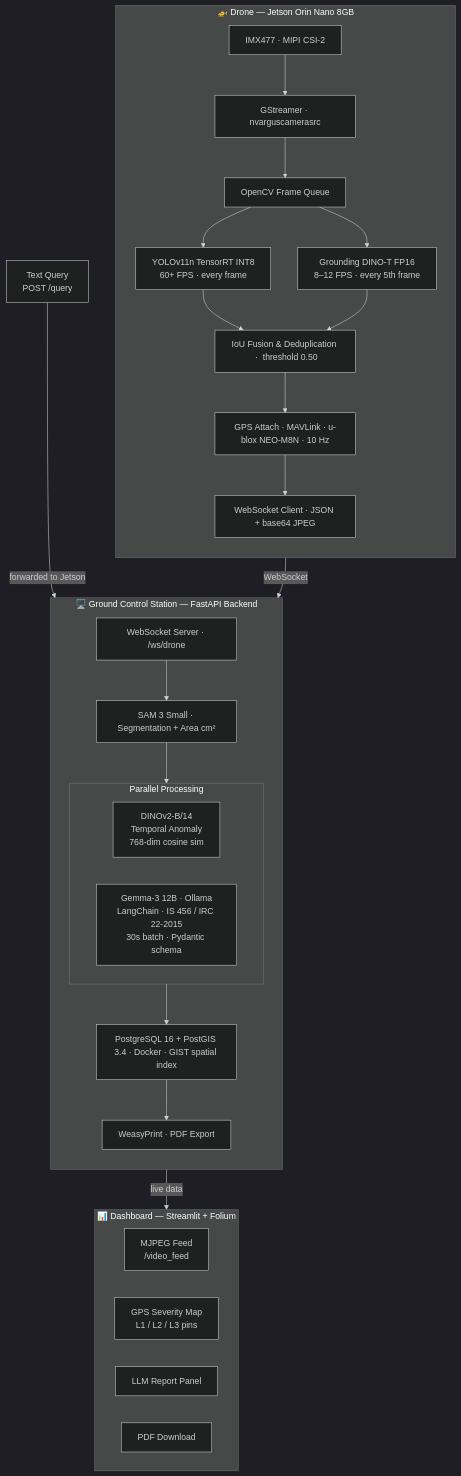
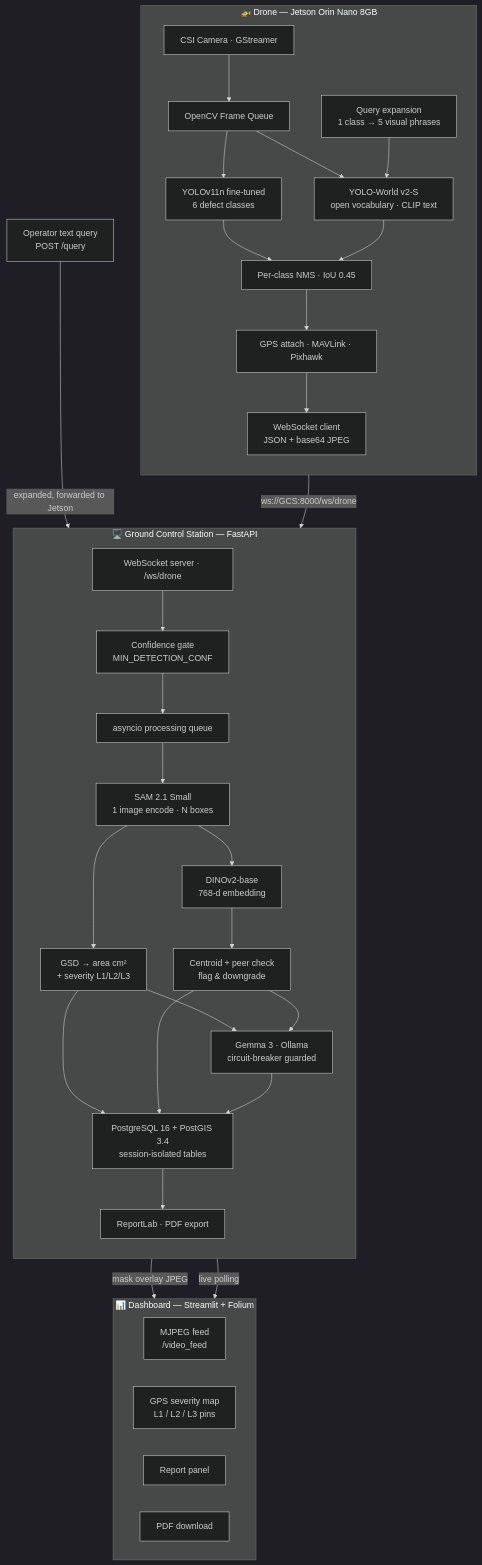
One commit to Arvoxis/hawk-i changed the first of 3 diagrams in README.md. Above: the diagram before and after it, drawn with Mermaid (dark theme). The commit also changed other lines of this file and 2 other files, not shown here.

````diff
--- a/README.md
+++ b/README.md
@@ -64,47 +68,54 @@
 ```mermaid
 flowchart TD
     subgraph DRONE["🚁  Drone — Jetson Orin Nano 8GB"]
         direction TB
-        CAM["IMX477 · MIPI CSI-2"]
-        GS["GStreamer · nvarguscamerasrc"]
+        CAM["CSI Camera · GStreamer"]
         FQ["OpenCV Frame Queue"]
-        T1["YOLOv11n TensorRT INT8\n60+ FPS · every frame"]
-        T2["Grounding DINO-T FP16\n8–12 FPS · every 5th frame"]
-        FUSE["IoU Fusion & Deduplication  ·  threshold 0.50"]
-        GPS["GPS Attach · MAVLink · u-blox NEO-M8N · 10 Hz"]
-        WS_OUT["WebSocket Client · JSON + base64 JPEG"]
+        T1["YOLOv11n fine-tuned<br/>6 defect classes"]
+        T2["YOLO-World v2-S<br/>open vocabulary · CLIP text"]
+        QMAP["Query expansion<br/>1 class → 5 visual phrases"]
+        NMS["Per-class NMS  ·  IoU 0.45"]
+        GPS["GPS attach · MAVLink · Pixhawk"]
+        WS_OUT["WebSocket client<br/>JSON + base64 JPEG"]
 
-        CAM --> GS --> FQ
+        CAM --> FQ
         FQ --> T1 & T2
-        T1 & T2 --> FUSE --> GPS --> WS_OUT
+        QMAP --> T2
+        T1 & T2 --> NMS --> GPS --> WS_OUT
     end
 
-    WS_OUT -- WebSocket --> WS_IN
+    WS_OUT -- "ws://GCS:8000/ws/drone" --> WS_IN
 
-    subgraph GCS["🖥️  Ground Control Station — FastAPI Backend"]
+    subgraph GCS["🖥️  Ground Control Station — FastAPI"]
         direction TB
-        WS_IN["WebSocket Server · /ws/drone"]
-        SAM["SAM 3 Small · Segmentation + Area cm²"]
-        subgraph PARALLEL["Parallel Processing"]
-            direction LR
-            DINO["DINOv2-B/14\nTemporal Anomaly\n768-dim cosine sim"]
-            LLM["Gemma-3 12B · Ollama\nLangChain · IS 456 / IRC 22-2015\n30s batch · Pydantic schema"]
-        end
-        DB["PostgreSQL 16 + PostGIS 3.4 · Docker · GIST spatial index"]
-        PDF["WeasyPrint · PDF Export"]
+        WS_IN["WebSocket server · /ws/drone"]
+        GATE["Confidence gate<br/>MIN_DETECTION_CONF"]
+        QUEUE["asyncio processing queue"]
+        SAM["SAM 2.1 Small<br/>1 image encode · N boxes"]
+        GSD["GSD → area cm²<br/>+ severity L1/L2/L3"]
+        DINO["DINOv2-base<br/>768-d embedding"]
+        VERIFY["Centroid + peer check<br/>flag & downgrade"]
+        LLM["Gemma 3 · Ollama<br/>circuit-breaker guarded"]
+        DB["PostgreSQL 16 + PostGIS 3.4<br/>session-isolated tables"]
+        PDF["ReportLab · PDF export"]
 
-        WS_IN --> SAM --> PARALLEL --> DB --> PDF
+        WS_IN --> GATE --> QUEUE --> SAM --> GSD
+        SAM --> DINO --> VERIFY
+        GSD --> LLM
+        VERIFY --> LLM
+        GSD & VERIFY & LLM --> DB --> PDF
     end
 
-    DB -- live data --> DASH
+    SAM -- "mask overlay JPEG" --> FEED
+    DB -- "live polling" --> DASH
 
     subgraph DASH["📊  Dashboard — Streamlit + Folium"]
         direction LR
-        FEED["MJPEG Feed\n/video_feed"]
-        MAP["GPS Severity Map\nL1 / L2 / L3 pins"]
-        REPORT["LLM Report Panel"]
-        EXPORT["PDF Download"]
+        FEED["MJPEG feed<br/>/video_feed"]
+        MAP["GPS severity map<br/>L1 / L2 / L3 pins"]
+        REPORT["Report panel"]
+        EXPORT["PDF download"]
     end
 
-    QUERY["Text Query\nPOST /query"] -- forwarded to Jetson --> WS_IN
+    QUERY["Operator text query<br/>POST /query"] -- "expanded, forwarded to Jetson" --> WS_IN
 ```
````
